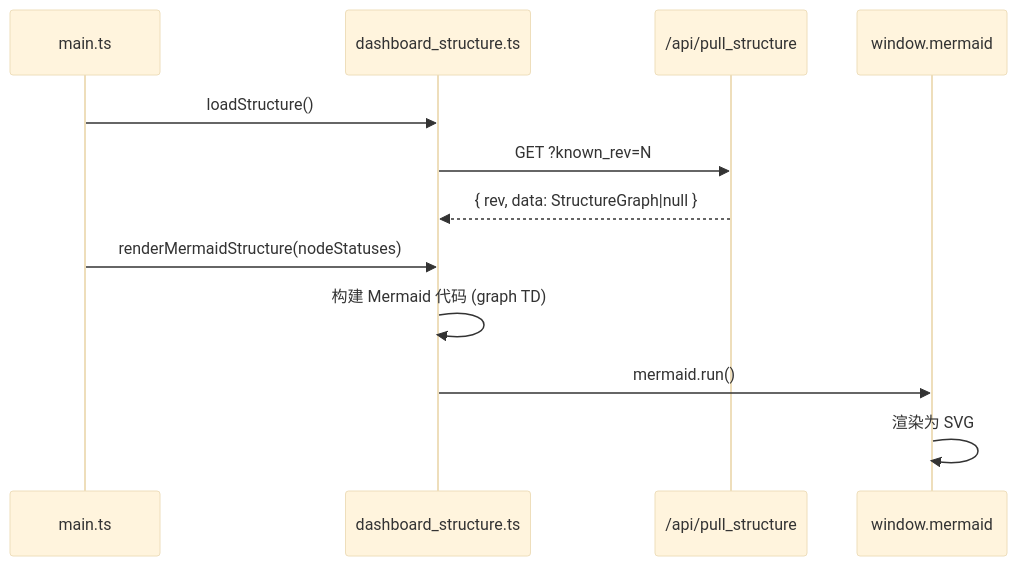
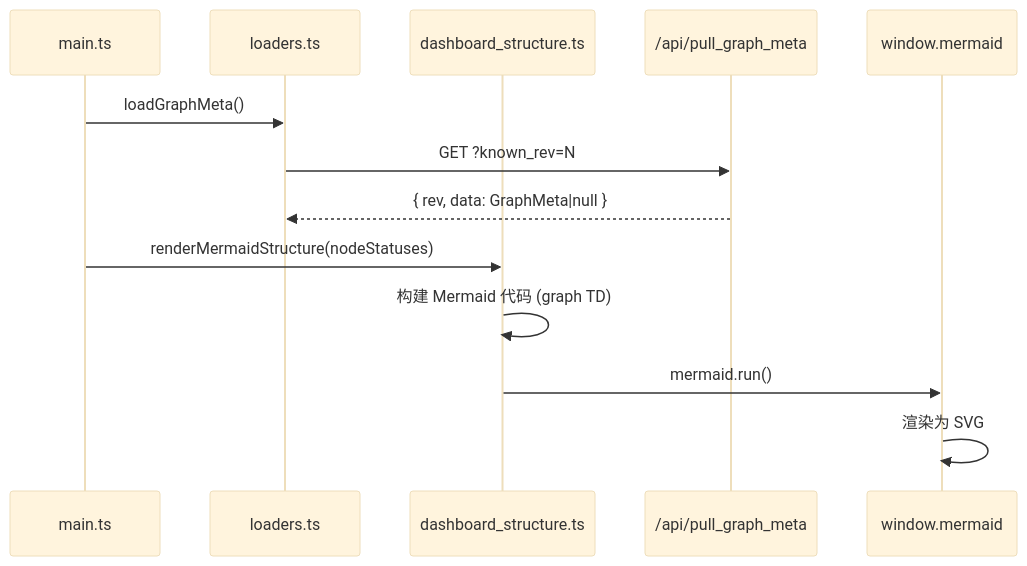
The diagram in docs/zh-CN/src/static/ts/dashboard_structure.md (Mr-xiaotian/celestialflow-web), drawn with Mermaid (base theme) before and after one commit. The commit also changed other lines of this file and 46 other files, not shown here.

````diff
--- a/docs/zh-CN/src/static/ts/dashboard_structure.md
+++ b/docs/zh-CN/src/static/ts/dashboard_structure.md
@@ -86,15 +62,16 @@
 ```mermaid
 sequenceDiagram
     participant Main as main.ts
+    participant Loaders as loaders.ts
     participant Struct as dashboard_structure.ts
-    participant API as /api/pull_structure
+    participant API as /api/pull_graph_meta
     participant Mermaid as window.mermaid
 
-    Main->>Struct: loadStructure()
-    Struct->>API: GET ?known_rev=N
-    API-->>Struct: { rev, data: StructureGraph|null }
+    Main->>Loaders: loadGraphMeta()
+    Loaders->>API: GET ?known_rev=N
+    API-->>Loaders: { rev, data: GraphMeta|null }
     Main->>Struct: renderMermaidStructure(nodeStatuses)
     Struct->>Struct: 构建 Mermaid 代码 (graph TD)
     Struct->>Mermaid: mermaid.run()
     Mermaid->>Mermaid: 渲染为 SVG
 ```
````
